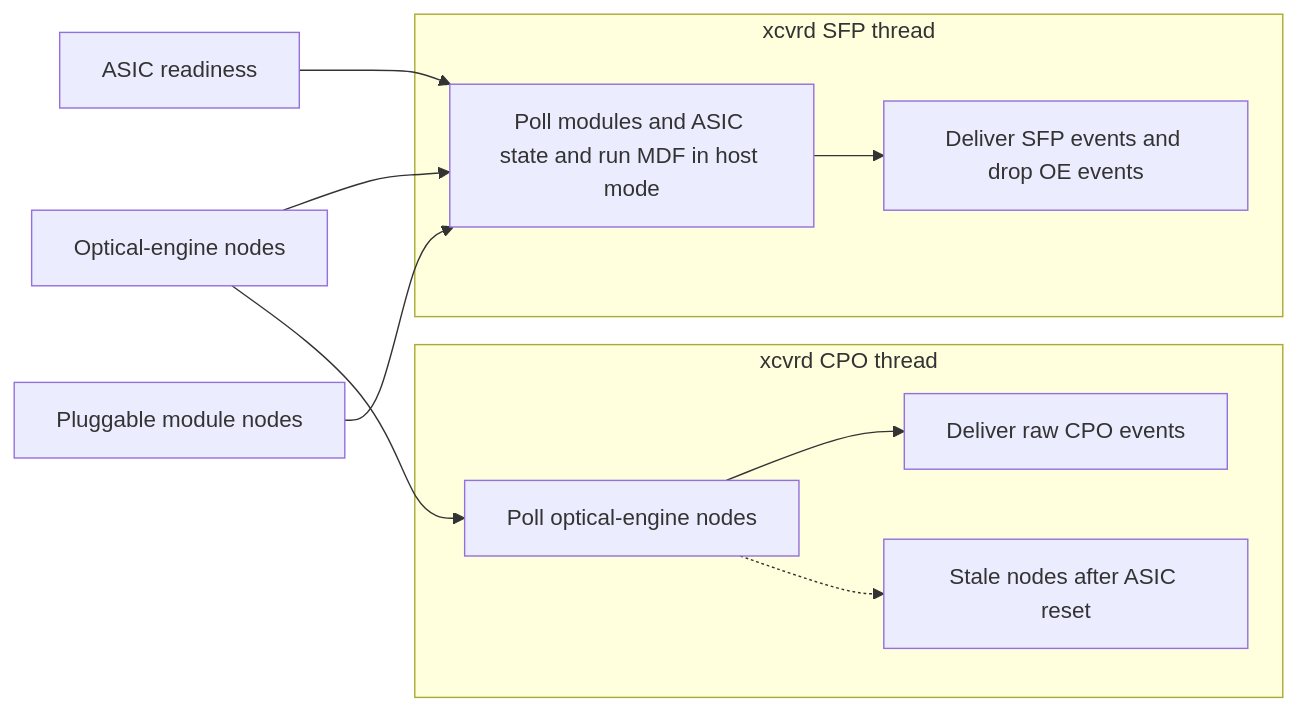
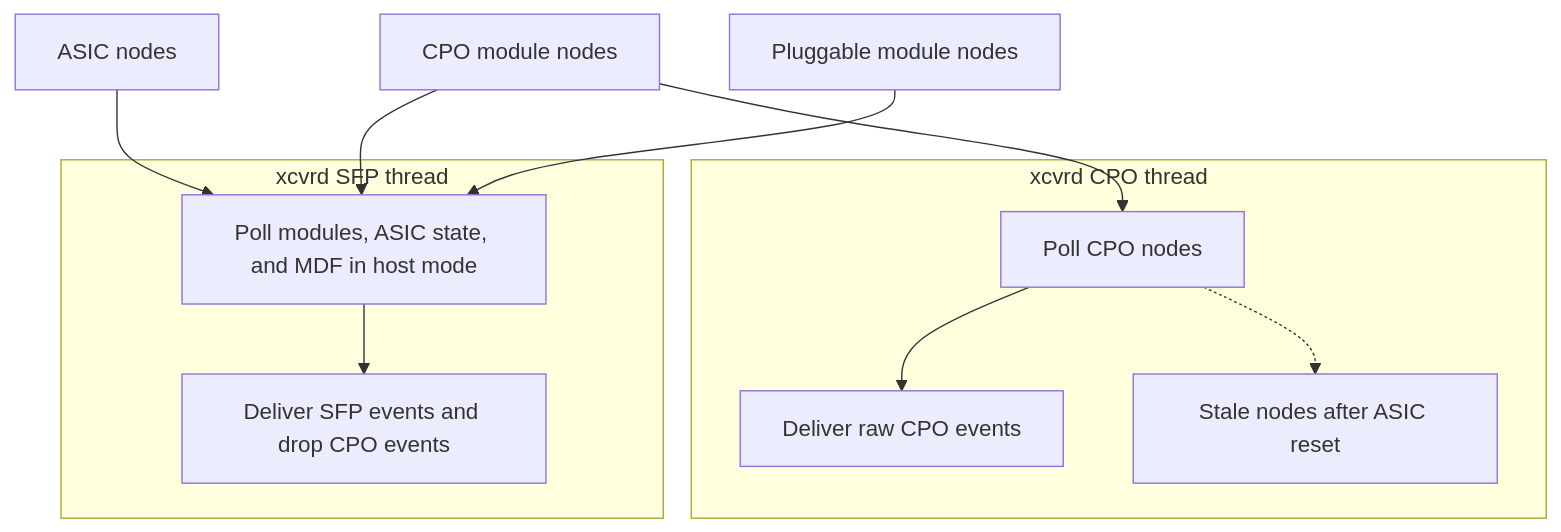
Before and after one commit to sonic-net/SONiC: the first of 3 diagrams in doc/module-change-event-refactor/module-change-event-refactor-hld.md, drawn with Mermaid. The commit also changed other lines of this file, not shown here.

Commit message:
fix the current flow chart

````diff
--- a/doc/module-change-event-refactor/module-change-event-refactor-hld.md
+++ b/doc/module-change-event-refactor/module-change-event-refactor-hld.md
@@ -87,14 +87,25 @@
 ```mermaid
-flowchart LR
-    ASIC["ASIC readiness"] --> SFP_POLL
-    MOD["Pluggable module nodes"] --> SFP_POLL
-    OE["Optical-engine nodes"] --> SFP_POLL
-    OE --> CPO_POLL
-    subgraph SFP["xcvrd SFP thread"]
-        SFP_POLL["Poll modules and ASIC state and run MDF in host mode"] --> SFP_DELIVER["Deliver SFP events and drop OE events"]
+flowchart TB
+    ASIC[ASIC nodes]
+    MOD[Pluggable module nodes]
+    CPO_MOD[CPO module nodes]
+
+    subgraph sfp_thr[xcvrd SFP thread]
+        sfp_poll[Poll modules, ASIC state, and MDF in host mode]
+        sfp_deliver[Deliver SFP events and drop CPO events]
+        sfp_poll --> sfp_deliver
     end
-    subgraph CPO["xcvrd CPO thread"]
-        CPO_POLL["Poll optical-engine nodes"] --> CPO_DELIVER["Deliver raw CPO events"]
-        CPO_POLL -.-> STALE["Stale nodes after ASIC reset"]
+
+    subgraph cpo_thr[xcvrd CPO thread]
+        cpo_poll[Poll CPO nodes]
+        cpo_deliver[Deliver raw CPO events]
+        cpo_stale[Stale nodes after ASIC reset]
+        cpo_poll --> cpo_deliver
+        cpo_poll -.-> cpo_stale
     end
+
+    ASIC --> sfp_poll
+    MOD --> sfp_poll
+    CPO_MOD --> sfp_poll
+    CPO_MOD --> cpo_poll
 ```
````
